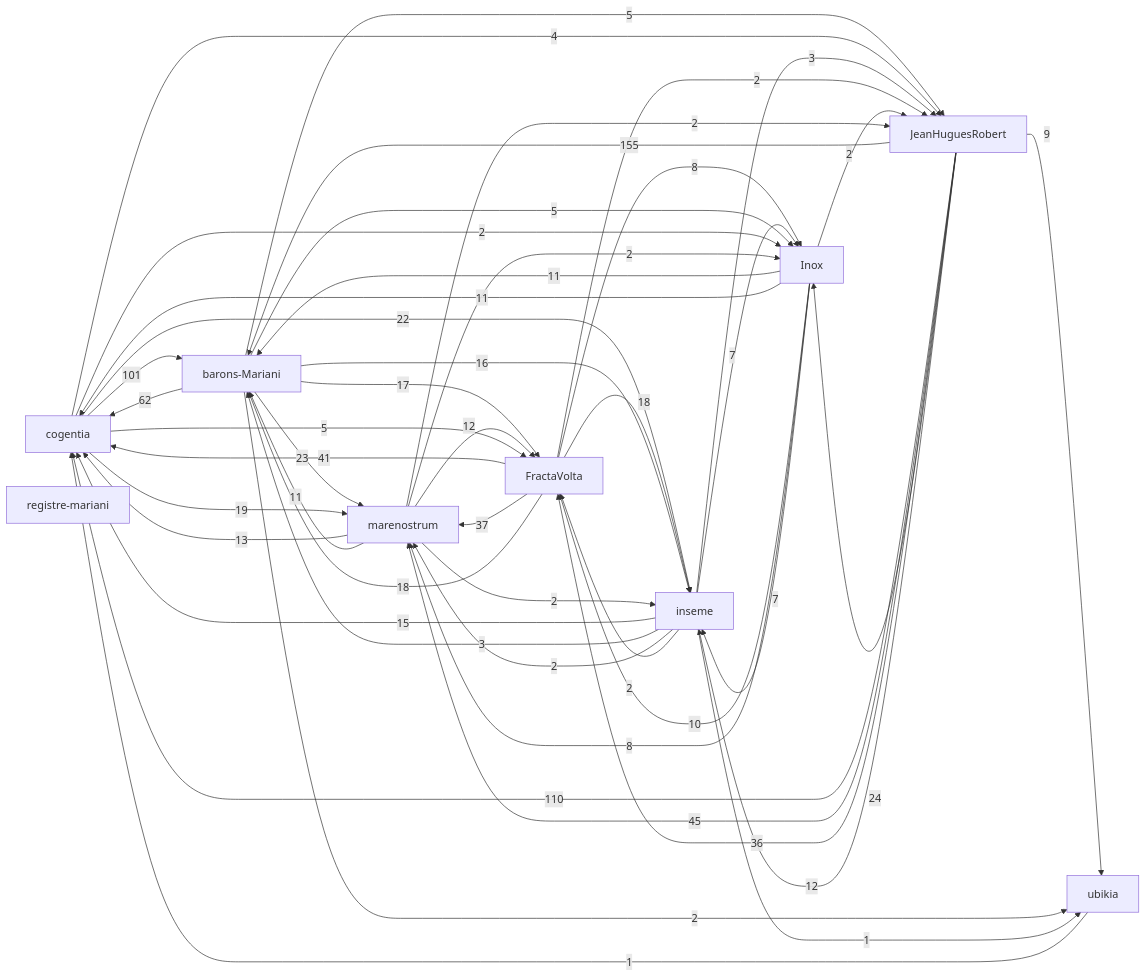
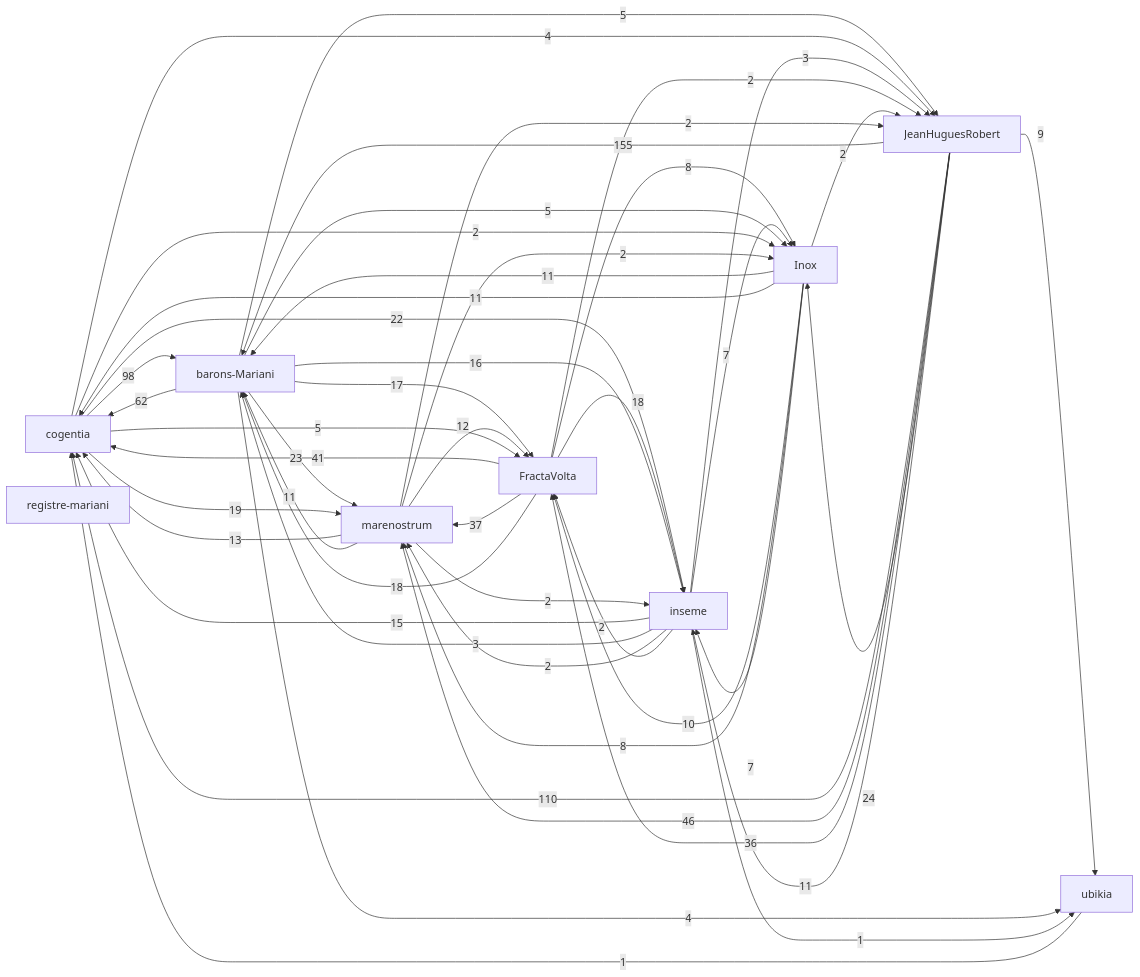
Before and after one commit to JeanHuguesRobert/ubikia: the first of 2 diagrams in research/corpus-status.md, drawn with Mermaid. The commit also changed other lines of this file and 1 other file, not shown here.

Commit message:
Refresh Ubikia corpus navigation

````diff
--- a/research/corpus-status.md
+++ b/research/corpus-status.md
@@ -29,58 +26,58 @@
 ```mermaid
 graph LR
   r_cogentia["cogentia"]
   r_fractavolta["FractaVolta"]
   r_marenostrum["marenostrum"]
   r_barons_mariani["barons-Mariani"]
   r_inseme["inseme"]
   r_inox["Inox"]
   r_registre_mariani["registre-mariani"]
   r_ubikia["ubikia"]
   r_jeanhuguesrobert["JeanHuguesRobert"]
   r_jeanhuguesrobert -->|155| r_barons_mariani
   r_jeanhuguesrobert -->|110| r_cogentia
-  r_cogentia -->|101| r_barons_mariani
+  r_cogentia -->|98| r_barons_mariani
   r_barons_mariani -->|62| r_cogentia
-  r_jeanhuguesrobert -->|45| r_marenostrum
+  r_jeanhuguesrobert -->|46| r_marenostrum
   r_fractavolta -->|41| r_cogentia
   r_fractavolta -->|37| r_marenostrum
   r_jeanhuguesrobert -->|36| r_fractavolta
   r_jeanhuguesrobert -->|24| r_inox
   r_barons_mariani -->|23| r_marenostrum
   r_cogentia -->|22| r_inseme
   r_cogentia -->|19| r_marenostrum
   r_fractavolta -->|18| r_inseme
   r_fractavolta -->|18| r_barons_mariani
   r_barons_mariani -->|17| r_fractavolta
   r_barons_mariani -->|16| r_inseme
   r_inseme -->|15| r_cogentia
   r_marenostrum -->|13| r_cogentia
-  r_jeanhuguesrobert -->|12| r_inseme
   r_marenostrum -->|12| r_fractavolta
   r_inox -->|11| r_barons_mariani
   r_inox -->|11| r_cogentia
+  r_jeanhuguesrobert -->|11| r_inseme
   r_marenostrum -->|11| r_barons_mariani
   r_inox -->|10| r_fractavolta
   r_jeanhuguesrobert -->|9| r_ubikia
   r_fractavolta -->|8| r_inox
   r_inox -->|8| r_marenostrum
   r_inox -->|7| r_inseme
   r_inseme -->|7| r_inox
   r_barons_mariani -->|5| r_inox
   r_barons_mariani -->|5| r_jeanhuguesrobert
   r_cogentia -->|5| r_fractavolta
+  r_barons_mariani -->|4| r_ubikia
   r_cogentia -->|4| r_jeanhuguesrobert
   r_inseme -->|3| r_barons_mariani
   r_inseme -->|3| r_jeanhuguesrobert
-  r_barons_mariani -->|2| r_ubikia
   r_cogentia -->|2| r_inox
   r_fractavolta -->|2| r_jeanhuguesrobert
   r_inox -->|2| r_jeanhuguesrobert
   r_inseme -->|2| r_marenostrum
   r_inseme -->|2| r_fractavolta
   r_marenostrum -->|2| r_jeanhuguesrobert
   r_marenostrum -->|2| r_inseme
   r_marenostrum -->|2| r_inox
   r_inseme -->|1| r_ubikia
   r_ubikia -->|1| r_cogentia
 ```
````
